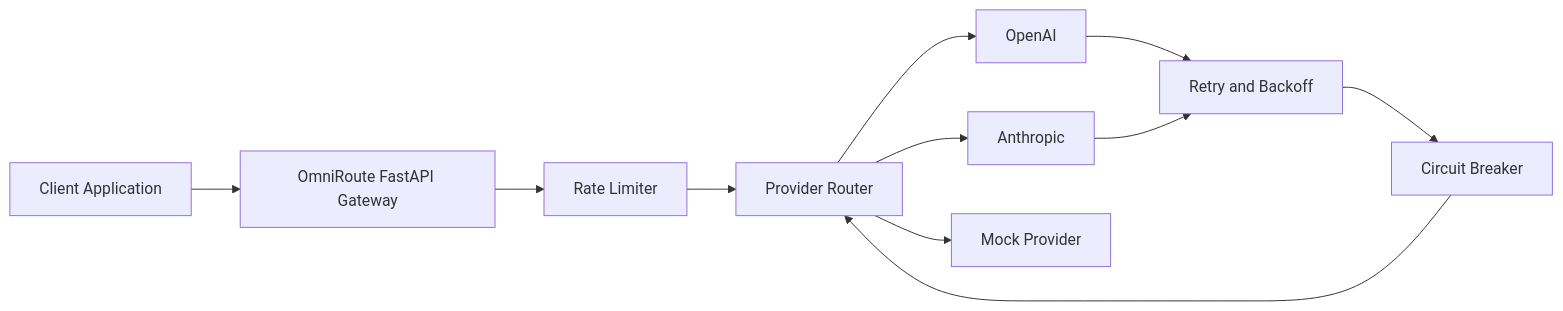
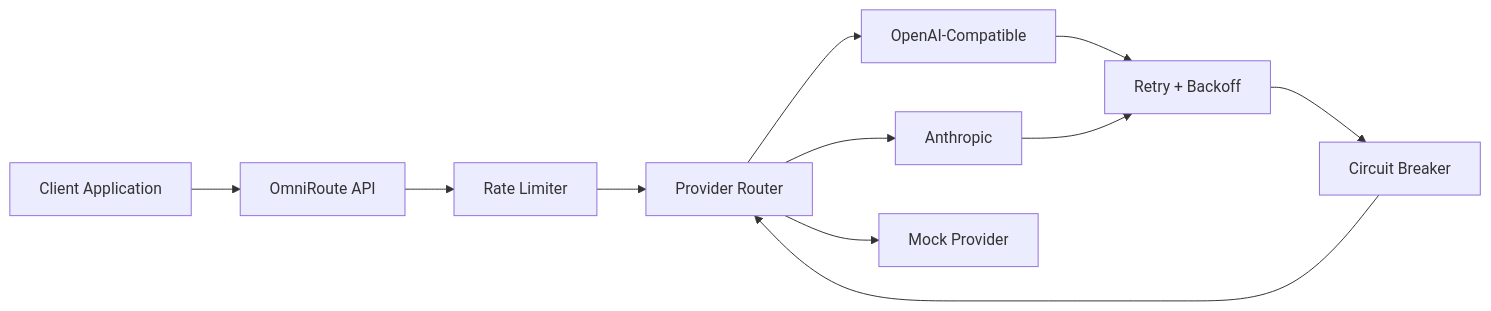
Before and after one commit to wandersonr7/OMNIROUTE-CLOUD: the first of 2 diagrams in README.md, drawn with Mermaid. The commit also changed other lines of this file and 4 other files, not shown here.

````diff
--- a/README.md
+++ b/README.md
@@ -38,17 +181,17 @@
 ```mermaid
 flowchart LR
-    Client[Client Application] --> API[OmniRoute FastAPI Gateway]
+    Client[Client Application] --> API[OmniRoute API]
 
-    API --> RateLimit[Rate Limiter]
-    RateLimit --> Router[Provider Router]
+    API --> Limit[Rate Limiter]
+    Limit --> Router[Provider Router]
 
-    Router --> OpenAI[OpenAI]
+    Router --> OpenAI[OpenAI-Compatible]
     Router --> Anthropic[Anthropic]
     Router --> Mock[Mock Provider]
 
-    OpenAI --> Retry[Retry and Backoff]
+    OpenAI --> Retry[Retry + Backoff]
     Anthropic --> Retry
 
-    Retry --> Circuit[Circuit Breaker]
-    Circuit --> Router
+    Retry --> Breaker[Circuit Breaker]
+    Breaker --> Router
 ```
````
